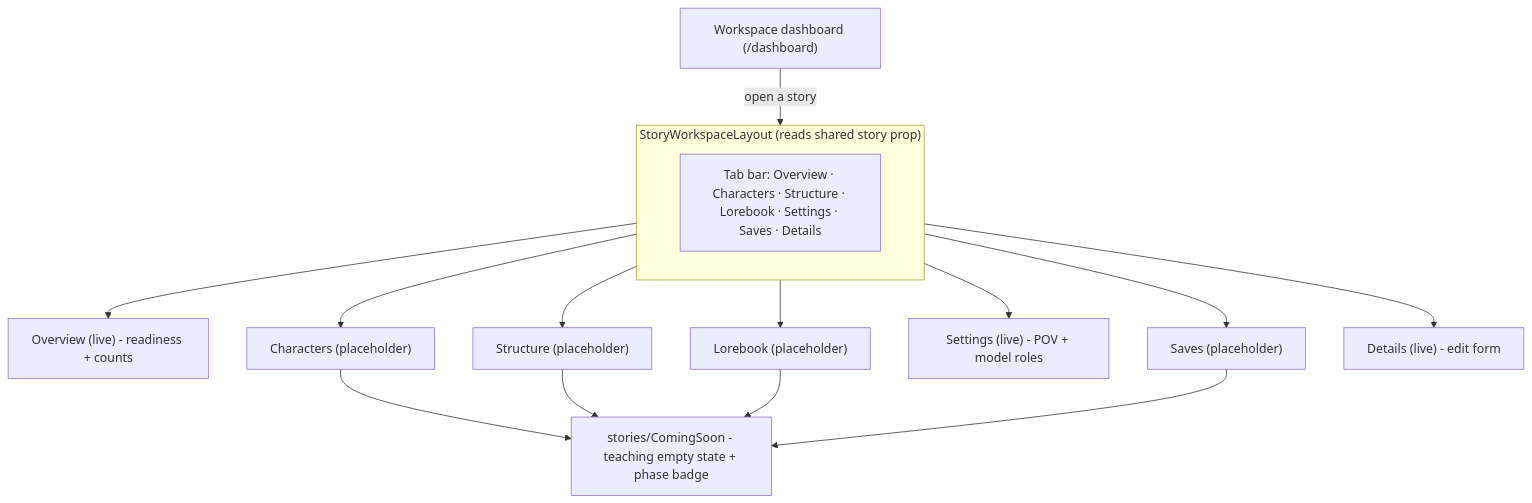
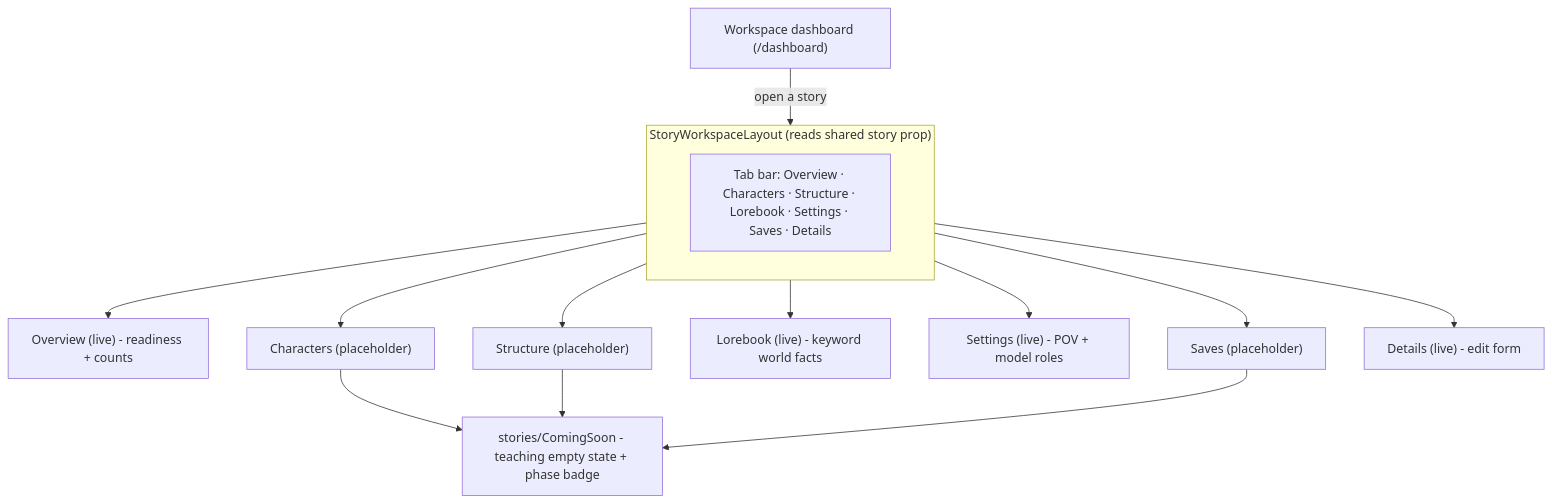
The first of 2 diagrams in docs/architecture/Diagrams/Authoring/Story_Workspace_Shell.md (ZulfikarHD/text-advanture-app), drawn with Mermaid before and after one commit. The commit also changed other lines of this file and 18 other files, not shown here.

````diff
--- a/docs/architecture/Diagrams/Authoring/Story_Workspace_Shell.md
+++ b/docs/architecture/Diagrams/Authoring/Story_Workspace_Shell.md
@@ -12,22 +14,21 @@
 ```mermaid
 flowchart TD
     Dashboard["Workspace dashboard (/dashboard)"] -->|"open a story"| Shell
 
     subgraph Shell ["StoryWorkspaceLayout (reads shared story prop)"]
         direction TB
         Tabs["Tab bar: Overview · Characters · Structure · Lorebook · Settings · Saves · Details"]
     end
 
     Tabs --> Overview["Overview (live) - readiness + counts"]
     Tabs --> Characters["Characters (placeholder)"]
     Tabs --> Structure["Structure (placeholder)"]
-    Tabs --> Lorebook["Lorebook (placeholder)"]
+    Tabs --> Lorebook["Lorebook (live) - keyword world facts"]
     Tabs --> Settings["Settings (live) - POV + model roles"]
     Tabs --> Saves["Saves (placeholder)"]
     Tabs --> Details["Details (live) - edit form"]
 
     Characters --> CS["stories/ComingSoon - teaching empty state + phase badge"]
     Structure --> CS
-    Lorebook --> CS
     Saves --> CS
 ```
````
